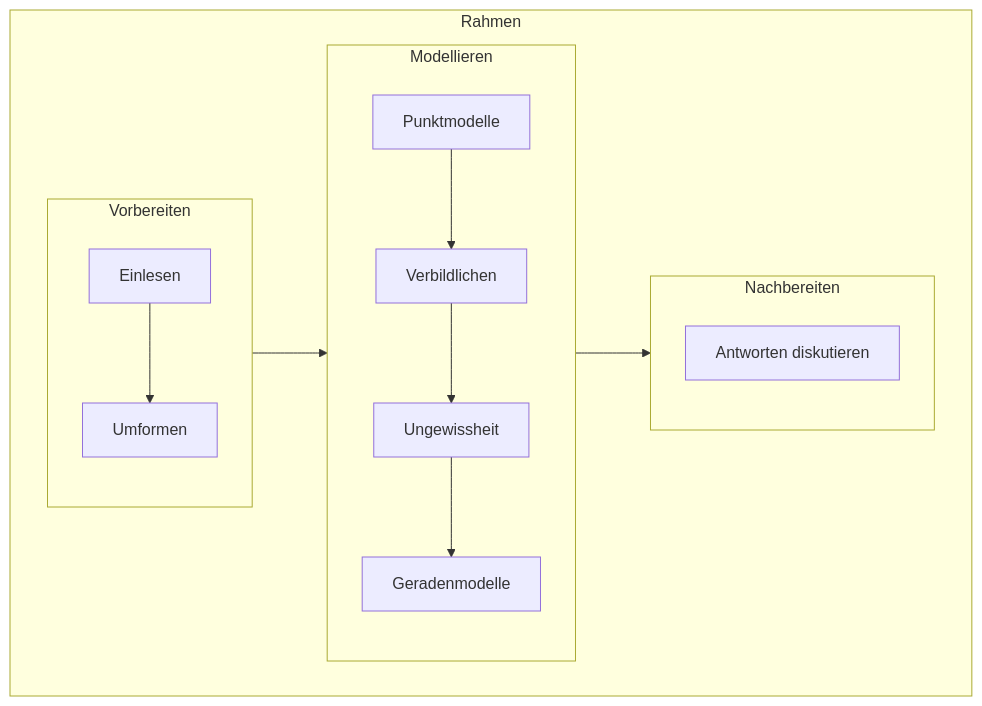
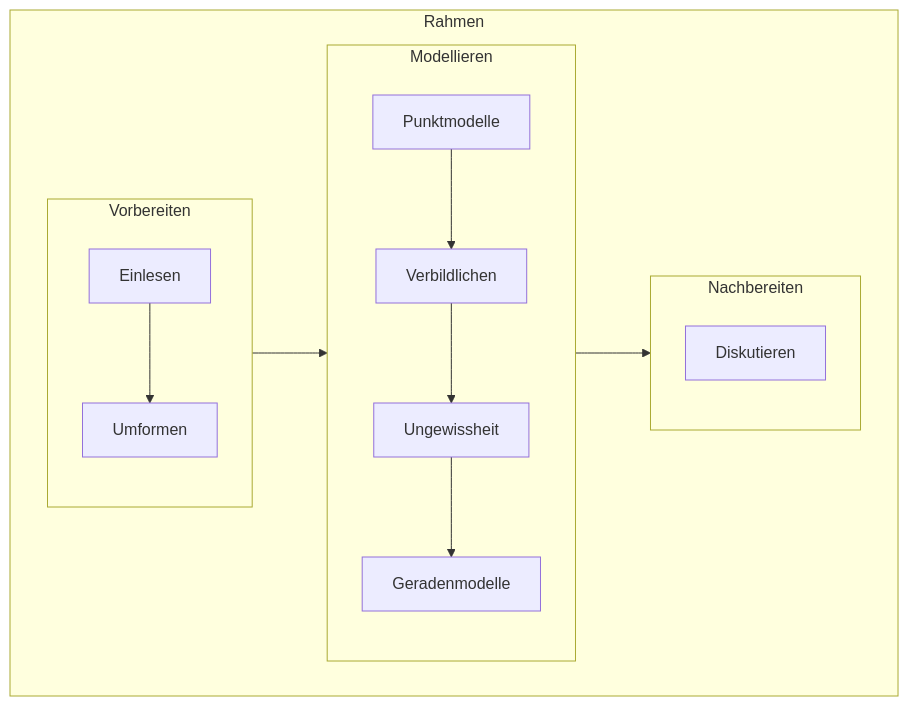
One commit to sebastiansauer/statistik1 changed the diagram in index.qmd. Above: the diagram before and after it, drawn with Mermaid. The commit also changed other lines of this file and 88 other files, not shown here.

````diff
--- a/index.qmd
+++ b/index.qmd
@@ -69,29 +69,29 @@
 ```{mermaid}
 %%| fig-cap: Überblick über den Inhalt und Verlauf des Buches
 %%| label: fig-ueberblick
 %%| out-width: "100%"
 
 flowchart LR
   subgraph R[Rahmen]
     direction LR
     subgraph V[Vorbereiten]
       direction TB
       E[Einlesen] --> Um[Umformen]
     end
     subgraph M[Modellieren]
       direction TB
       M1[Punktmodelle] --> Vis[Verbildlichen]
       Vis --> U[Ungewissheit]
       U --> G[Geradenmodelle]
     end
     subgraph N[Nachbereiten]
       direction TB
-      D[Antworten diskutieren]
+      D[Diskutieren]
     end
   V --> M
   M --> N
   end
   
 
 
 ```
````
